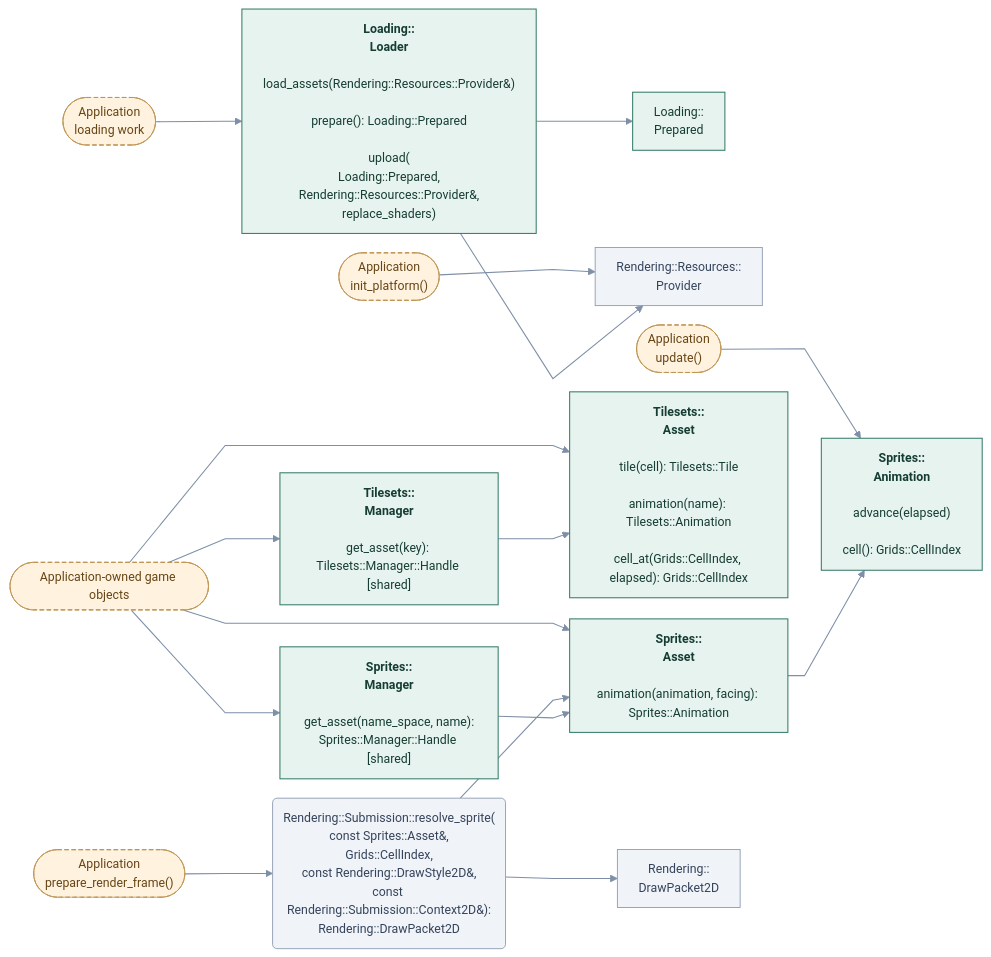
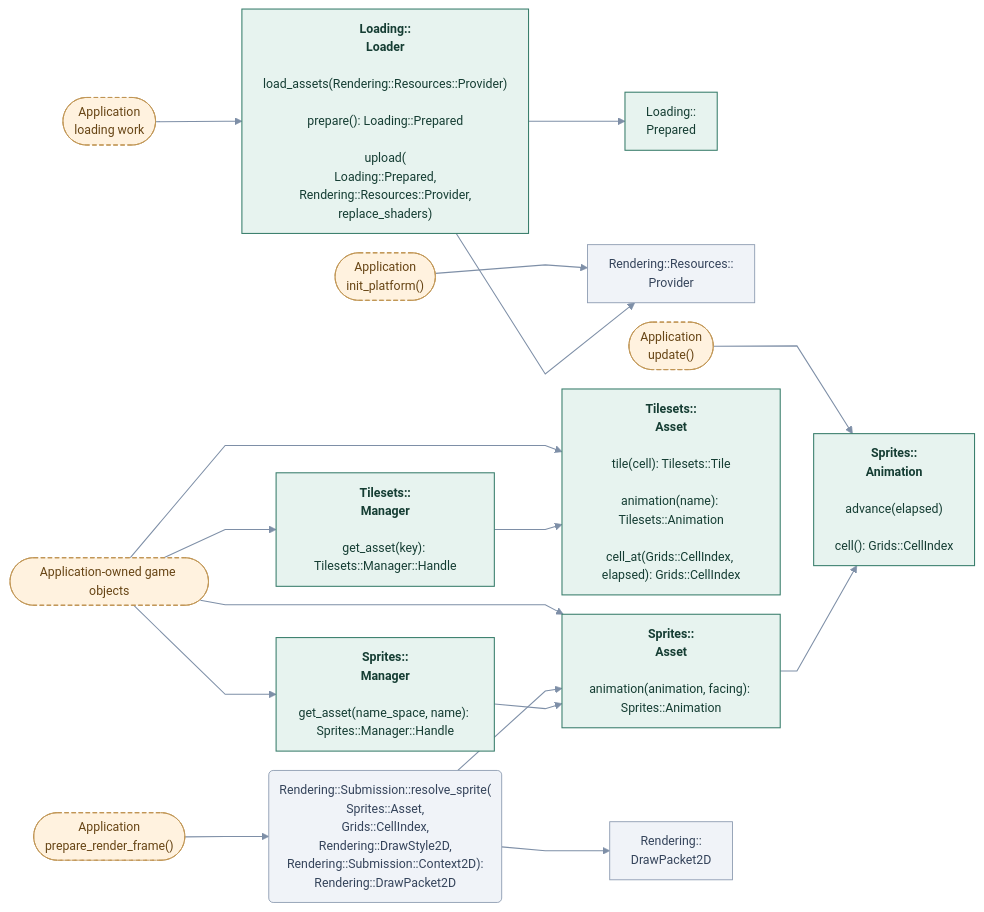
One commit to cppcooper/cheryl-engine changed the diagram in docs/site/engine-systems/diagrams/assets-application.mmd. Above: the diagram before and after it, drawn with Mermaid. The commit also changed 52 other files, not shown here.

First line of the commit message:
Shows participating types without declaration qualifiers in diagrams

```diff
--- a/docs/site/engine-systems/diagrams/assets-application.mmd
+++ b/docs/site/engine-systems/diagrams/assets-application.mmd
@@ -1,51 +1,51 @@
 ---
 config:
   theme: base
   themeVariables:
     fontFamily: system-ui, sans-serif
     fontSize: 14px
   flowchart:
     htmlLabels: true
     curve: linear
     nodeSpacing: 22
     rankSpacing: 38
     padding: 12
 ---
 flowchart LR
     accTitle: Assets · application loading and playback
-    accDescr: Local names omit Assets::; ambiguous nested namespaces remain qualified. Local names omit Assets::; ambiguous nested namespaces remain qualified. Arrows point toward the API or type used, not call order or data flow. Methods beneath type names are selected application entry points; Implement hooks marks engine-invoked overrides. Dashed arrows mark optional choices.
+    accDescr: Local names omit Assets::; ambiguous nested namespaces remain qualified. Arrows point toward the API or type used, not call order or data flow. Methods beneath type names are selected application entry points; Implement hooks marks engine-invoked overrides. Dashed arrows mark optional choices.
     k0(["Application<br/>loading work"]):::app
-    k1["<b>Loading::<br/>Loader</b><br/><br/>load_assets(Rendering::Resources::Provider&amp;)<br/><br/>prepare(): Loading::Prepared<br/><br/>upload(<br/>Loading::Prepared,<br/>Rendering::Resources::Provider&amp;,<br/>replace_shaders)"]:::focal
+    k1["<b>Loading::<br/>Loader</b><br/><br/>load_assets(Rendering::Resources::Provider)<br/><br/>prepare(): Loading::Prepared<br/><br/>upload(<br/>Loading::Prepared,<br/>Rendering::Resources::Provider,<br/>replace_shaders)"]:::focal
     k2["Loading::<br/>Prepared"]:::focal
     k3(["Application<br/>init_platform()"]):::app
     k4["Rendering::Resources::<br/>Provider"]:::neighbor
     k5(["Application-owned game objects"]):::app
-    k6["<b>Sprites::<br/>Manager</b><br/><br/>get_asset(name_space, name):<br/>Sprites::Manager::Handle [shared]"]:::focal
-    k7["<b>Tilesets::<br/>Manager</b><br/><br/>get_asset(key): Tilesets::Manager::Handle [shared]"]:::focal
+    k6["<b>Sprites::<br/>Manager</b><br/><br/>get_asset(name_space, name): Sprites::Manager::Handle"]:::focal
+    k7["<b>Tilesets::<br/>Manager</b><br/><br/>get_asset(key): Tilesets::Manager::Handle"]:::focal
     k8["<b>Sprites::<br/>Asset</b><br/><br/>animation(animation, facing): Sprites::Animation"]:::focal
     k9["<b>Tilesets::<br/>Asset</b><br/><br/>tile(cell): Tilesets::Tile<br/><br/>animation(name): Tilesets::Animation<br/><br/>cell_at(Grids::CellIndex, elapsed): Grids::CellIndex"]:::focal
     k10(["Application<br/>update()"]):::app
     k11["<b>Sprites::<br/>Animation</b><br/><br/>advance(elapsed)<br/><br/>cell(): Grids::CellIndex"]:::focal
     k12(["Application<br/>prepare_render_frame()"]):::app
-    k13("Rendering::Submission::resolve_sprite(<br/>const Sprites::Asset&amp;,<br/>Grids::CellIndex,<br/>const Rendering::DrawStyle2D&amp;,<br/>const Rendering::Submission::Context2D&amp;):<br/>Rendering::DrawPacket2D"):::neighbor
+    k13("Rendering::Submission::resolve_sprite(<br/>Sprites::Asset,<br/>Grids::CellIndex,<br/>Rendering::DrawStyle2D,<br/>Rendering::Submission::Context2D):<br/>Rendering::DrawPacket2D"):::neighbor
     k14["Rendering::<br/>DrawPacket2D"]:::neighbor
     k0 --> k1
     k1 --> k2
     k3 --> k4
     k1 --> k4
     k5 --> k6
     k5 --> k7
     k5 --> k8
     k5 --> k9
     k10 --> k11
     k12 --> k13
     k13 --> k8
     k13 --> k14
     k6 --> k8
     k7 --> k9
     k8 --> k11
     classDef focal fill:#e7f3ef,stroke:#387d6b,color:#153d33,stroke-width:1.2px
     classDef neighbor fill:#f0f3f8,stroke:#8c9bb1,color:#35445b,stroke-width:1px
     classDef app fill:#fff2df,stroke:#c09452,color:#674515,stroke-dasharray:5 3
     classDef system fill:#eaf0fc,stroke:#617fab,color:#263f69,stroke-width:1.2px
     linkStyle default stroke:#7e8fa7,stroke-width:1.2px
```
